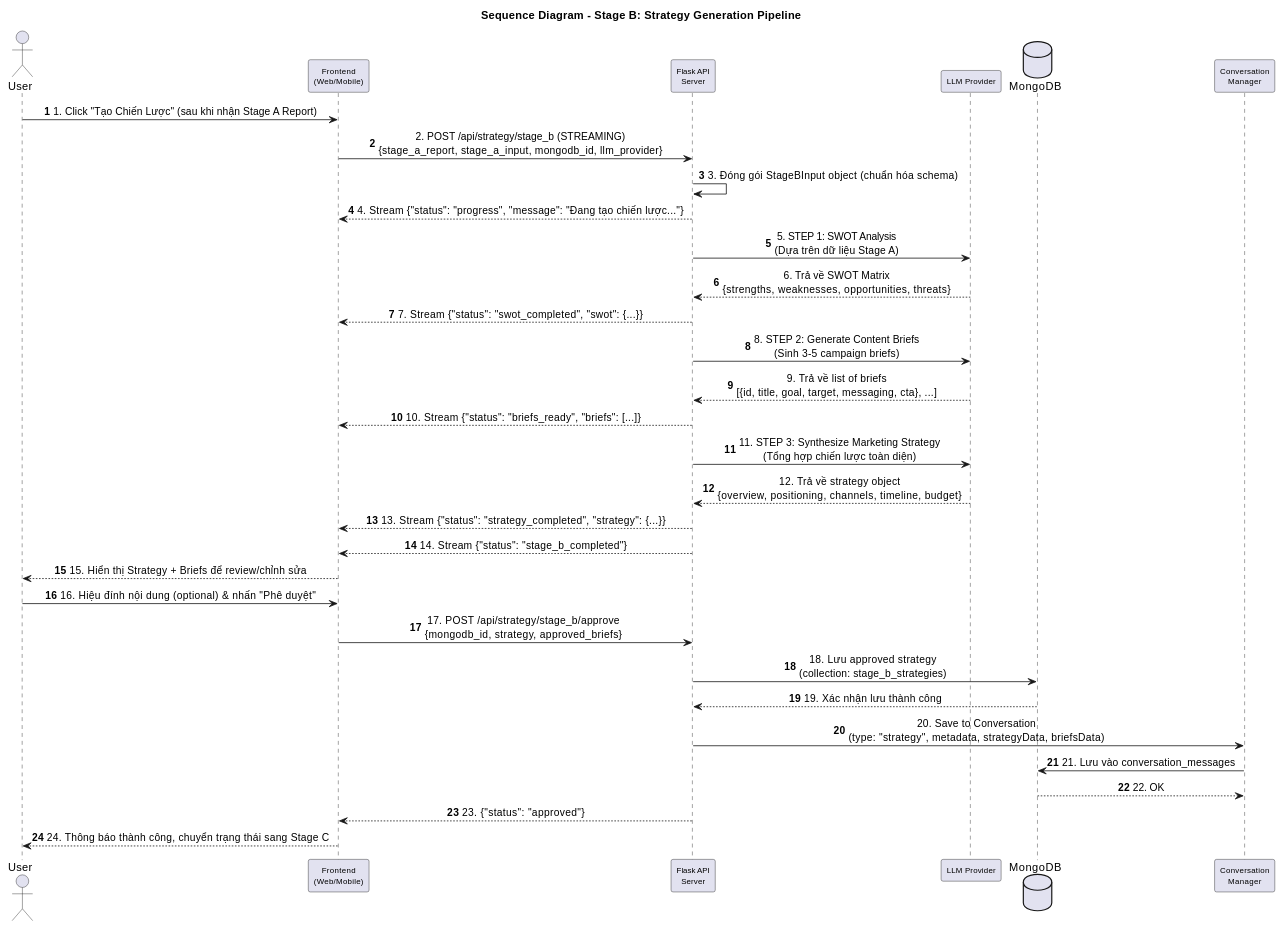
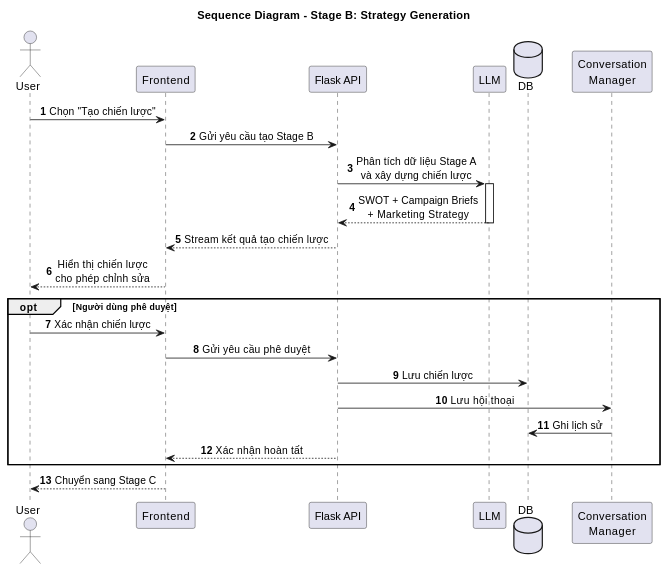
The eighth of 12 diagrams in diagram.md (vien10022003/MarketMind-AI), drawn with PlantUML before and after one commit. The commit also changed other lines of this file, not shown here.

Commit message:
chỉnh sửa các biểu đồ trong báo cáo để dễ nhìn và dễ đọc hơn

```diff
--- a/diagram.md
+++ b/diagram.md
@@ -291,45 +257,40 @@
-@startuml Sequence_StageB_Strategy
-title Sequence Diagram - Stage B: Strategy Generation Pipeline
+@startuml
+title Sequence Diagram – Stage B: Strategy Generation
+
 autonumber
 skinparam sequenceMessageAlign center
 skinparam responseMessageBelowArrow true
-skinparam sequenceParticipantFontSize 10
-skinparam sequenceMessageFontSize 9
 
 actor User as U
-participant "Frontend\n(Web/Mobile)" as FE
-participant "Flask API\nServer" as API
-participant "LLM Provider" as LLM
-database "MongoDB" as DB
+participant "Frontend" as FE
+participant "Flask API" as API
+participant "LLM" as LLM
+database DB
 participant "Conversation\nManager" as CM
 
-U -> FE: 1. Click "Tạo Chiến Lược" (sau khi nhận Stage A Report)
-FE -> API: 2. POST /api/strategy/stage_b (STREAMING)\n{stage_a_report, stage_a_input, mongodb_id, llm_provider}
-API -> API: 3. Đóng gói StageBInput object (chuẩn hóa schema)
-API --> FE: 4. Stream {"status": "progress", "message": "Đang tạo chiến lược..."}
+U -> FE: Chọn "Tạo chiến lược"
+FE -> API: Gửi yêu cầu tạo Stage B
 
-API -> LLM: 5. STEP 1: SWOT Analysis\n(Dựa trên dữ liệu Stage A)
-LLM --> API: 6. Trả về SWOT Matrix\n{strengths, weaknesses, opportunities, threats}
-API --> FE: 7. Stream {"status": "swot_completed", "swot": {...}}
+API -> LLM: Phân tích dữ liệu Stage A\nvà xây dựng chiến lược
+activate LLM
 
-API -> LLM: 8. STEP 2: Generate Content Briefs\n(Sinh 3-5 campaign briefs)
-LLM --> API: 9. Trả về list of briefs\n[{id, title, goal, target, messaging, cta}, ...]
-API --> FE: 10. Stream {"status": "briefs_ready", "briefs": [...]}
+LLM --> API: SWOT + Campaign Briefs\n+ Marketing Strategy
+deactivate LLM
 
-API -> LLM: 11. STEP 3: Synthesize Marketing Strategy\n(Tổng hợp chiến lược toàn diện)
-LLM --> API: 12. Trả về strategy object\n{overview, positioning, channels, timeline, budget}
-API --> FE: 13. Stream {"status": "strategy_completed", "strategy": {...}}
-API --> FE: 14. Stream {"status": "stage_b_completed"}
+API --> FE: Stream kết quả tạo chiến lược
 
-FE --> U: 15. Hiển thị Strategy + Briefs để review/chỉnh sửa
-U -> FE: 16. Hiệu đính nội dung (optional) & nhấn "Phê duyệt"
-FE -> API: 17. POST /api/strategy/stage_b/approve\n{mongodb_id, strategy, approved_briefs}
+FE --> U: Hiển thị chiến lược\ncho phép chỉnh sửa
 
-API -> DB: 18. Lưu approved strategy\n(collection: stage_b_strategies)
-DB --> API: 19. Xác nhận lưu thành công
-API -> CM: 20. Save to Conversation\n(type: "strategy", metadata, strategyData, briefsData)
-CM -> DB: 21. Lưu vào conversation_messages
-DB --> CM: 22. OK
-API --> FE: 23. {"status": "approved"}
-FE --> U: 24. Thông báo thành công, chuyển trạng thái sang Stage C
+opt Người dùng phê duyệt
+U -> FE: Xác nhận chiến lược
+FE -> API: Gửi yêu cầu phê duyệt
+API -> DB: Lưu chiến lược
+API -> CM: Lưu hội thoại
+
+CM -> DB: Ghi lịch sử
+API --> FE: Xác nhận hoàn tất
+
+end
+
+FE --> U: Chuyển sang Stage C
 @enduml
```
